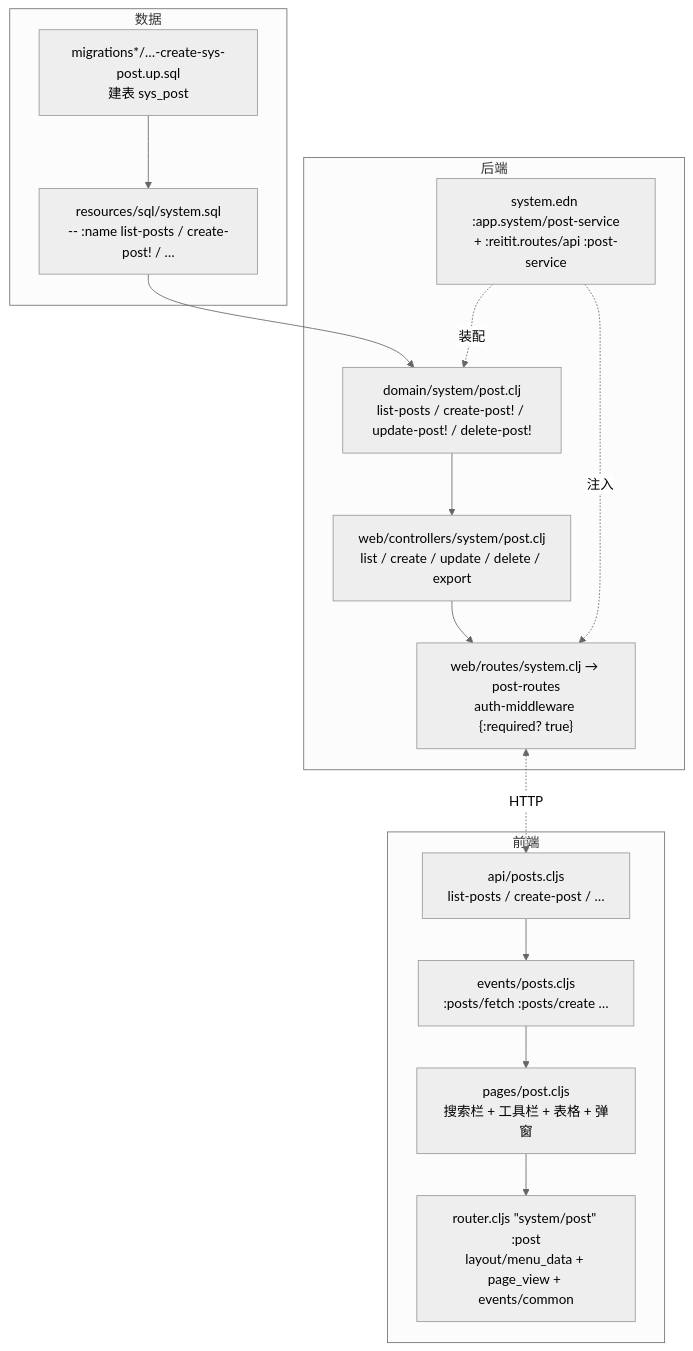
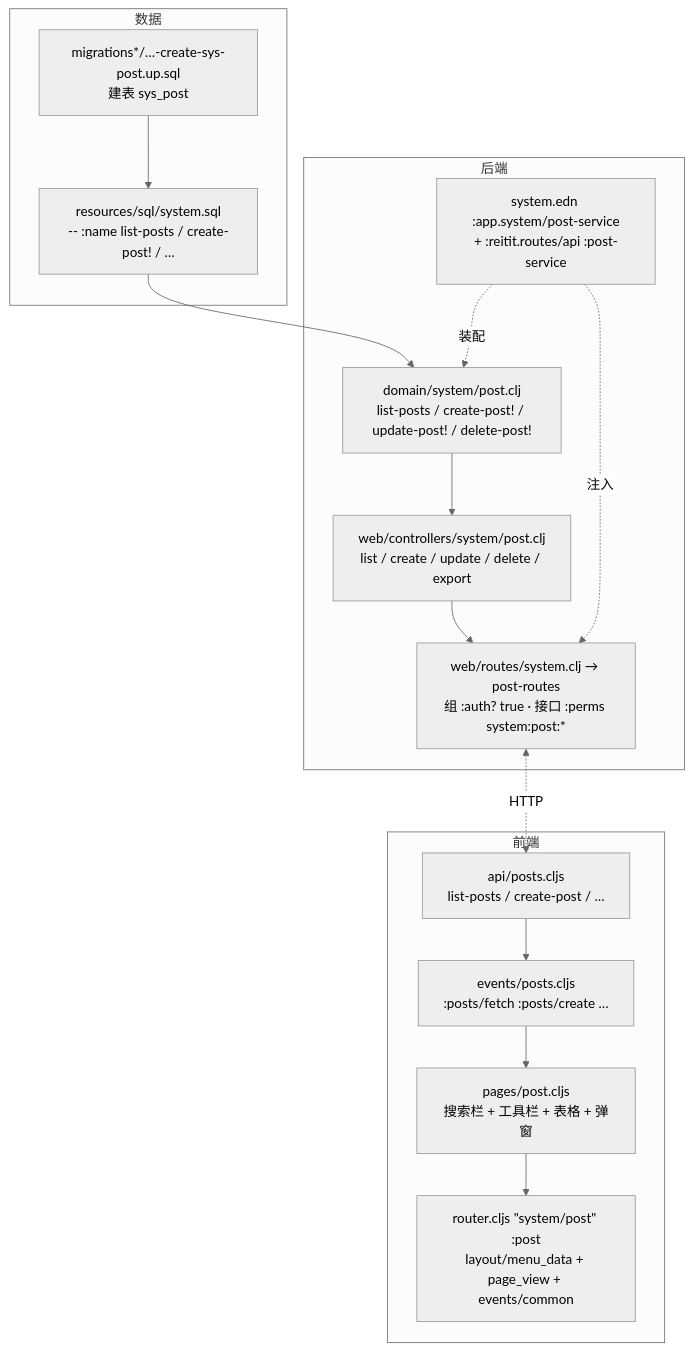
Before and after one commit to RedCreationTech/clj-cljs-template: the sixth of 14 diagrams in docs/architecture/c4-model.org, drawn with Mermaid (neutral theme). The commit also changed other lines of this file and 144 other files, not shown here.

```diff
--- a/docs/architecture/c4-model.org
+++ b/docs/architecture/c4-model.org
@@ -353,24 +361,24 @@
 #+begin_src mermaid :file img/vertical-slice.svg :exports results
 flowchart TB
   subgraph DB["数据"]
     M["migrations*/…-create-sys-post.up.sql<br/>建表 sys_post"]
     S["resources/sql/system.sql<br/>-- :name list-posts / create-post! / …"]
   end
   subgraph BE["后端"]
     D["domain/system/post.clj<br/>list-posts / create-post! / update-post! / delete-post!"]
     C["web/controllers/system/post.clj<br/>list / create / update / delete / export"]
-    R["web/routes/system.clj → post-routes<br/>auth-middleware {:required? true}"]
+    R["web/routes/system.clj → post-routes<br/>组 :auth? true · 接口 :perms system:post:*"]
     SYS["system.edn :app.system/post-service<br/>+ :reitit.routes/api :post-service"]
   end
   subgraph FE["前端"]
     A["api/posts.cljs<br/>list-posts / create-post / …"]
     E["events/posts.cljs<br/>:posts/fetch :posts/create …"]
     P["pages/post.cljs<br/>搜索栏 + 工具栏 + 表格 + 弹窗"]
     RT["router.cljs #quot;system/post#quot; :post<br/>layout/menu_data + page_view + events/common"]
   end
   M --> S --> D --> C --> R
   SYS -. 装配 .-> D
   SYS -. 注入 .-> R
   R <-. HTTP .-> A
   A --> E --> P --> RT
 #+end_src
```
